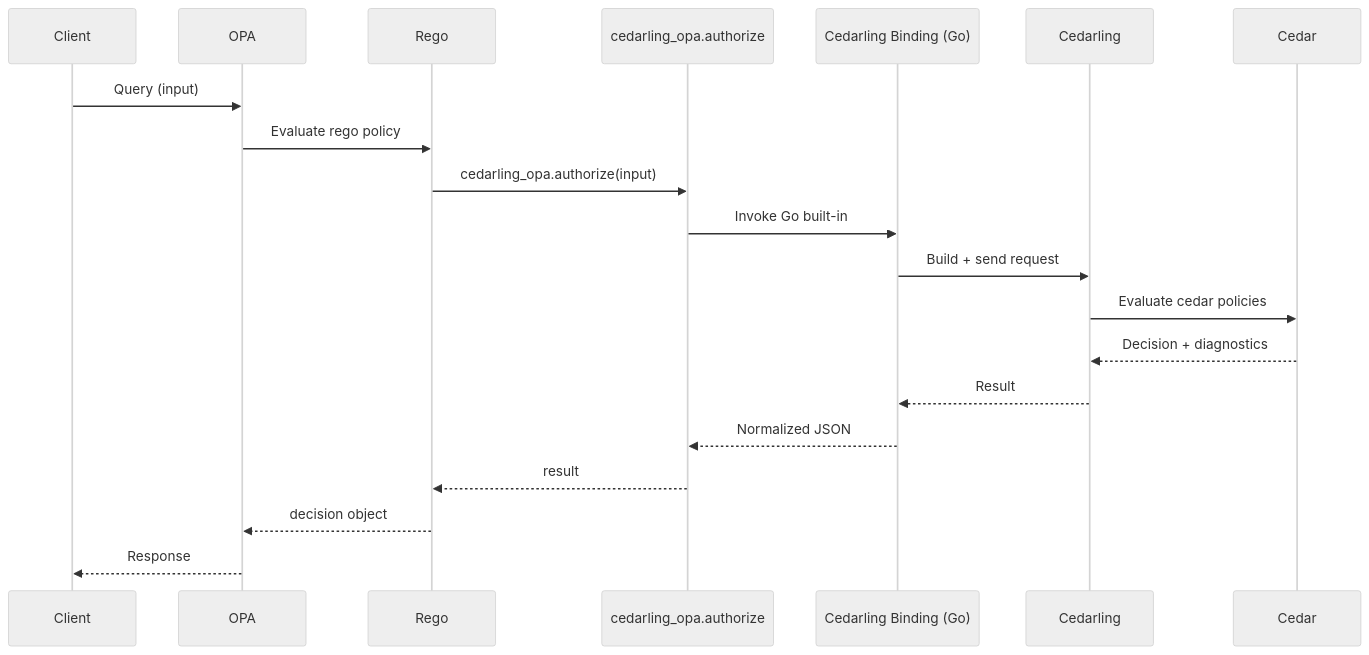
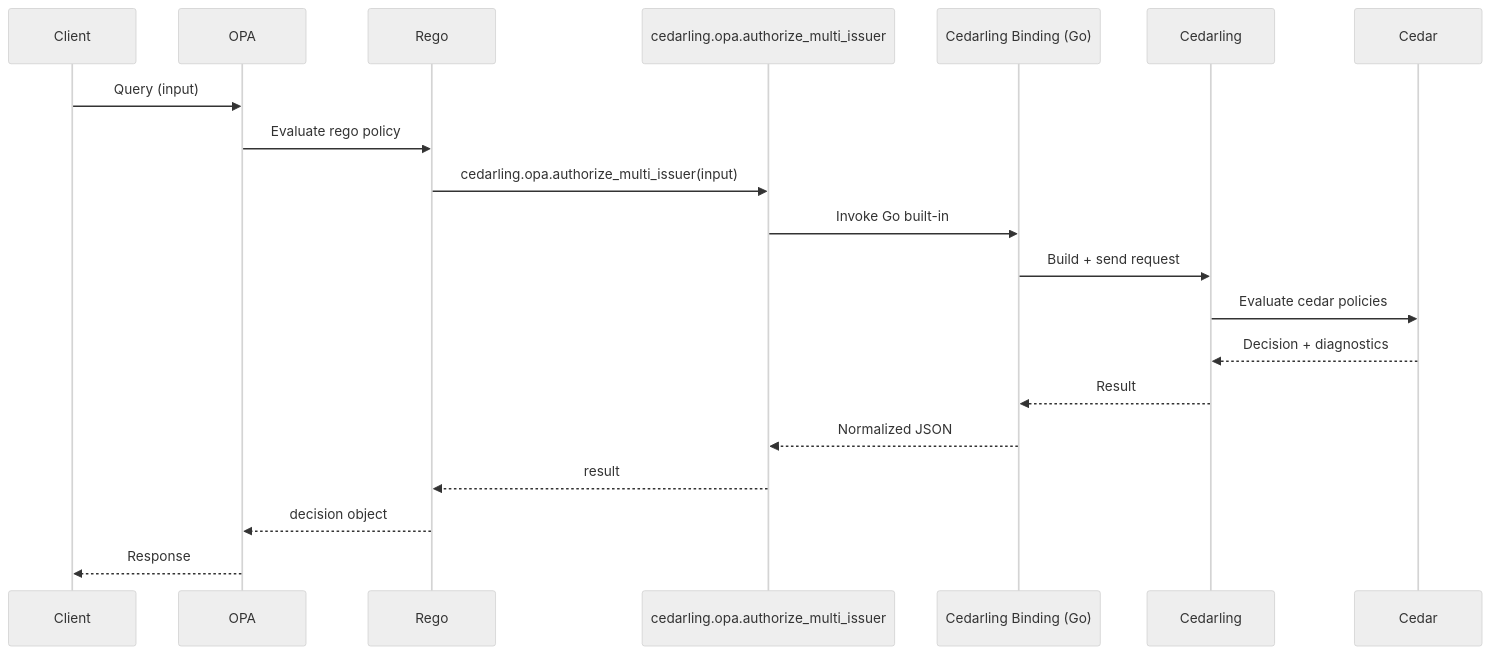
Before and after one commit to JanssenProject/jans: the diagram in docs/cedarling/integrations/cedarling-opa.md, drawn with Mermaid (neutral theme). The commit also changed other lines of this file and 1 other file, not shown here.

Commit message:
docs(jans-cedarling): address reviews

````diff
--- a/docs/cedarling/integrations/cedarling-opa.md
+++ b/docs/cedarling/integrations/cedarling-opa.md
@@ -16,28 +16,28 @@
 ```mermaid
 sequenceDiagram
     participant Client
     participant OPA
     participant Rego
-    participant Builtin as cedarling_opa.authorize
+    participant Builtin as cedarling.opa.authorize_multi_issuer
     participant Plugin as Cedarling Binding (Go)
     participant Cedarling
     participant Cedar
 
     Client->>OPA: Query (input)
     OPA->>Rego: Evaluate rego policy
 
-    Rego->>Builtin: cedarling_opa.authorize(input)
+    Rego->>Builtin: cedarling.opa.authorize_multi_issuer(input)
 
     Builtin->>Plugin: Invoke Go built-in
     Plugin->>Cedarling: Build + send request
     Cedarling->>Cedar: Evaluate cedar policies
 
     Cedar-->>Cedarling: Decision + diagnostics
     Cedarling-->>Plugin: Result
     Plugin-->>Builtin: Normalized JSON
 
     Builtin-->>Rego: result
     Rego-->>OPA: decision object
 
     OPA-->>Client: Response
 ```
````
